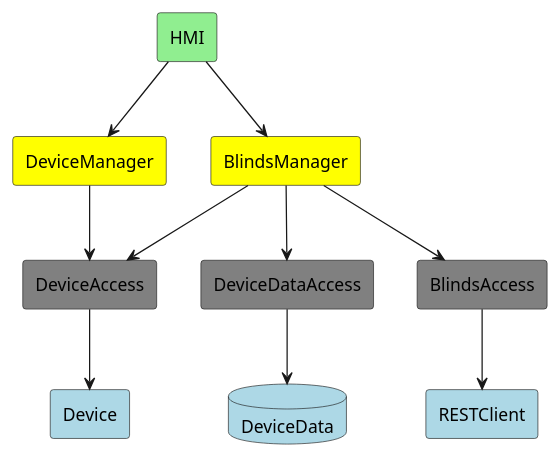
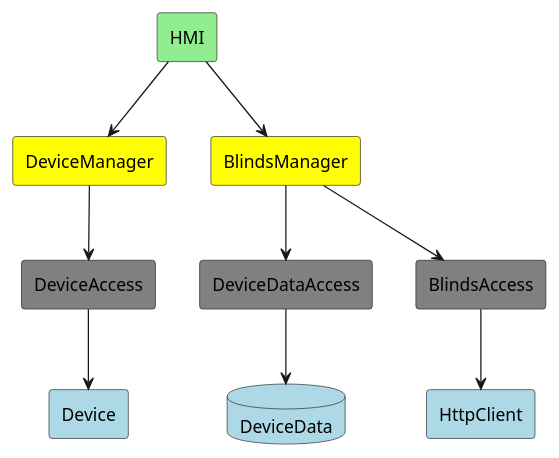
The diagram in documentation/diagrams/component-dependency-chart.puml (k-phi/M5Core2BlindsController), drawn with PlantUML before and after one commit. The commit also changed 10 other files, not shown here.

```diff
--- a/documentation/diagrams/component-dependency-chart.puml
+++ b/documentation/diagrams/component-dependency-chart.puml
@@ -1,25 +1,24 @@
 @startuml Static Architecture
 
 skinparam ComponentStyle rectangle
 
 [HMI] #LightGreen
 [DeviceManager] #Yellow
 [BlindsManager] #Yellow   
 [DeviceDataAccess] #Grey
 [DeviceAccess] #Grey
 [BlindsAccess] #Grey
 database DeviceData #LightBlue
-[RESTClient] #LightBlue
+[HttpClient] #LightBlue
 [Device] #LightBlue
 
 HMI --> DeviceManager
 HMI --> BlindsManager
 DeviceManager --> DeviceAccess
 BlindsManager --> DeviceDataAccess
 BlindsManager --> BlindsAccess
-BlindsManager --> DeviceAccess
 DeviceAccess --> Device
 DeviceDataAccess --> DeviceData
-BlindsAccess --> RESTClient
+BlindsAccess --> HttpClient
 
 @enduml
```
